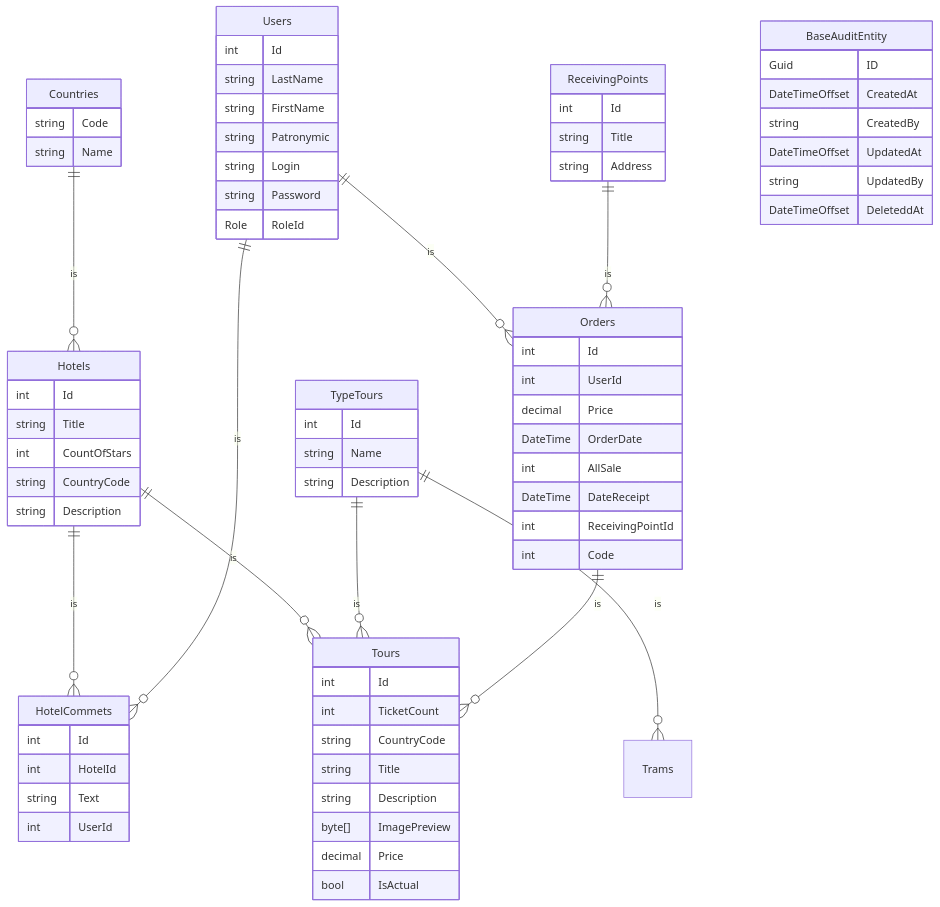
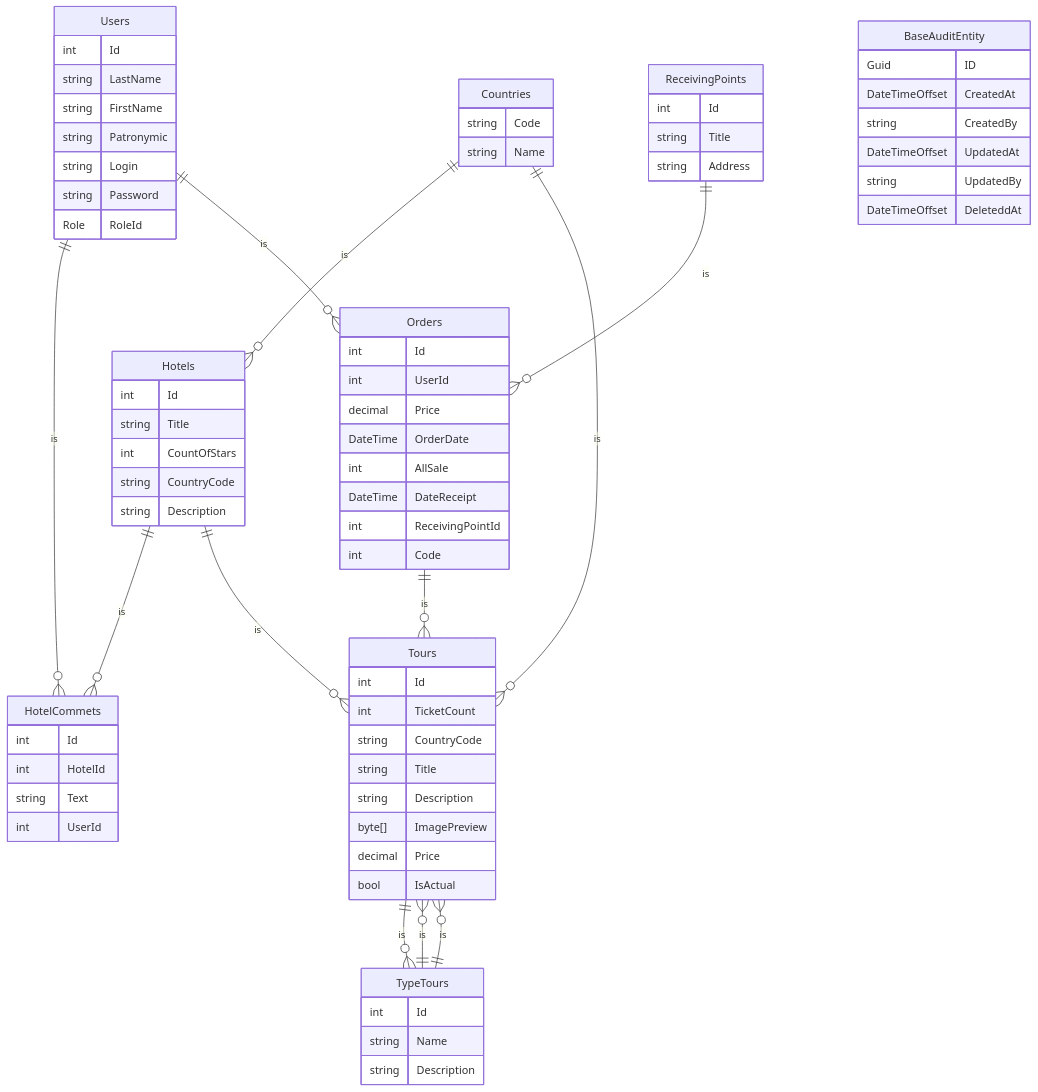
Before and after one commit to KlounFromRivia/ToursDemo: the diagram in README.md, drawn with Mermaid.

```diff
--- a/README.md
+++ b/README.md
@@ -70,7 +70,9 @@
         int Code
     }
     Countries ||--o{ Hotels: is
-    TypeTours ||--o{ Trams: is
+    Countries ||--o{ Tours: is
+    TypeTours ||--o{ Tours: is
+    Tours ||--o{ TypeTours: is
     Hotels ||--o{ HotelCommets: is
     Users ||--o{ HotelCommets: is
     Users ||--o{ Orders: is
```
